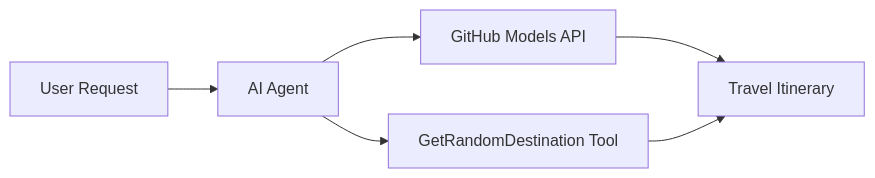
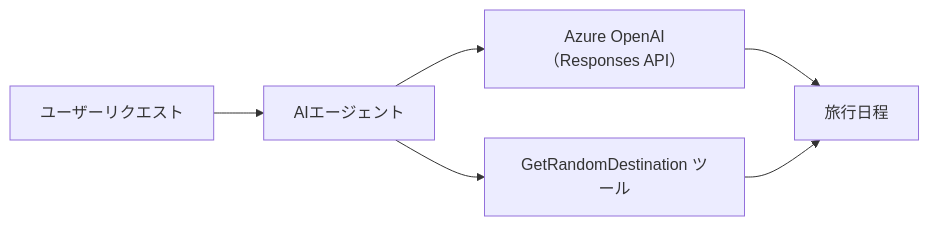
One commit to venturemavenwill/azureaifundamentals changed the diagram in translations/ja/01-intro-to-ai-agents/code_samples/01-dotnet-agent-framework.md. Above: the diagram before and after it, drawn with Mermaid. The commit also changed other lines of this file and 4861 other files, not shown here.

````diff
--- a/translations/ja/01-intro-to-ai-agents/code_samples/01-dotnet-agent-framework.md
+++ b/translations/ja/01-intro-to-ai-agents/code_samples/01-dotnet-agent-framework.md
@@ -32,8 +32,8 @@
 ```mermaid
 graph LR
-    A[User Request] --> B[AI Agent]
-    B --> C[GitHub Models API]
-    B --> D[GetRandomDestination Tool]
-    C --> E[Travel Itinerary]
+    A[ユーザーリクエスト] --> B[AIエージェント]
+    B --> C[Azure OpenAI（Responses API）]
+    B --> D[GetRandomDestination ツール]
+    C --> E[旅行日程]
     D --> E
 ```
````
